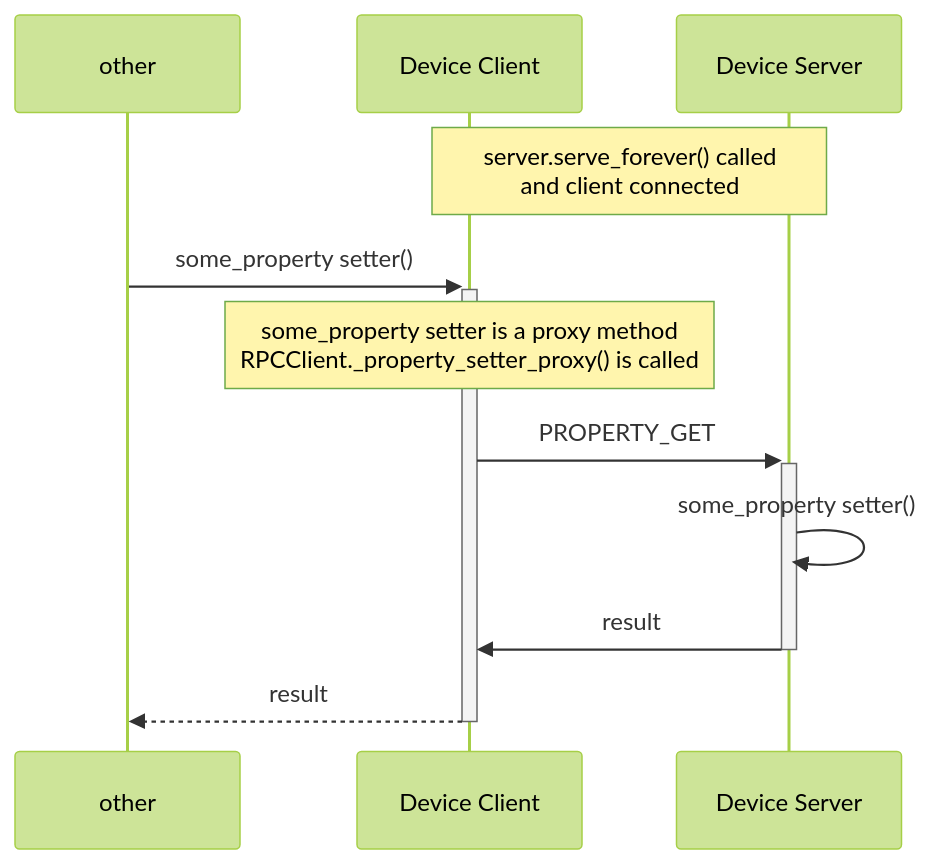
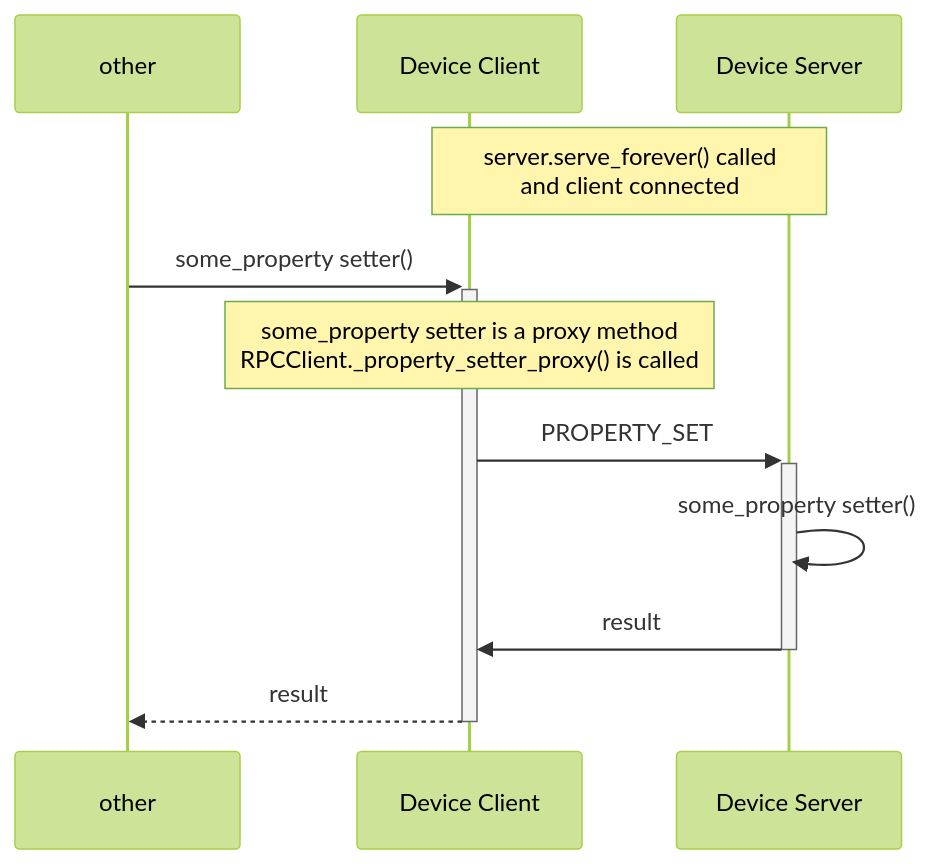
The sixth of 6 diagrams in docs/developer/RPC.md (romi/Plant-Imager3), drawn with Mermaid (forest theme) before and after one commit. The commit also changed other lines of this file, not shown here.

Commit message:
update sequence diagrams in RPC.md

````diff
--- a/docs/developer/RPC.md
+++ b/docs/developer/RPC.md
@@ -215,17 +218,17 @@
 ```mermaid
 sequenceDiagram
     participant other
     participant client as Device Client
     participant server as Device Server
 
     Note over client, server: server.serve_forever() called <br/> and client connected
     other->>+client: some_property setter()
     Note over client: some_property setter is a proxy method <br/> RPCClient._property_setter_proxy() is called
 
-    client->>+server: PROPERTY_GET
+    client->>+server: PROPERTY_SET
     server->>server: some_property setter()
     server->>-client: result
 
     client-->>-other: result
 
 ```
````
